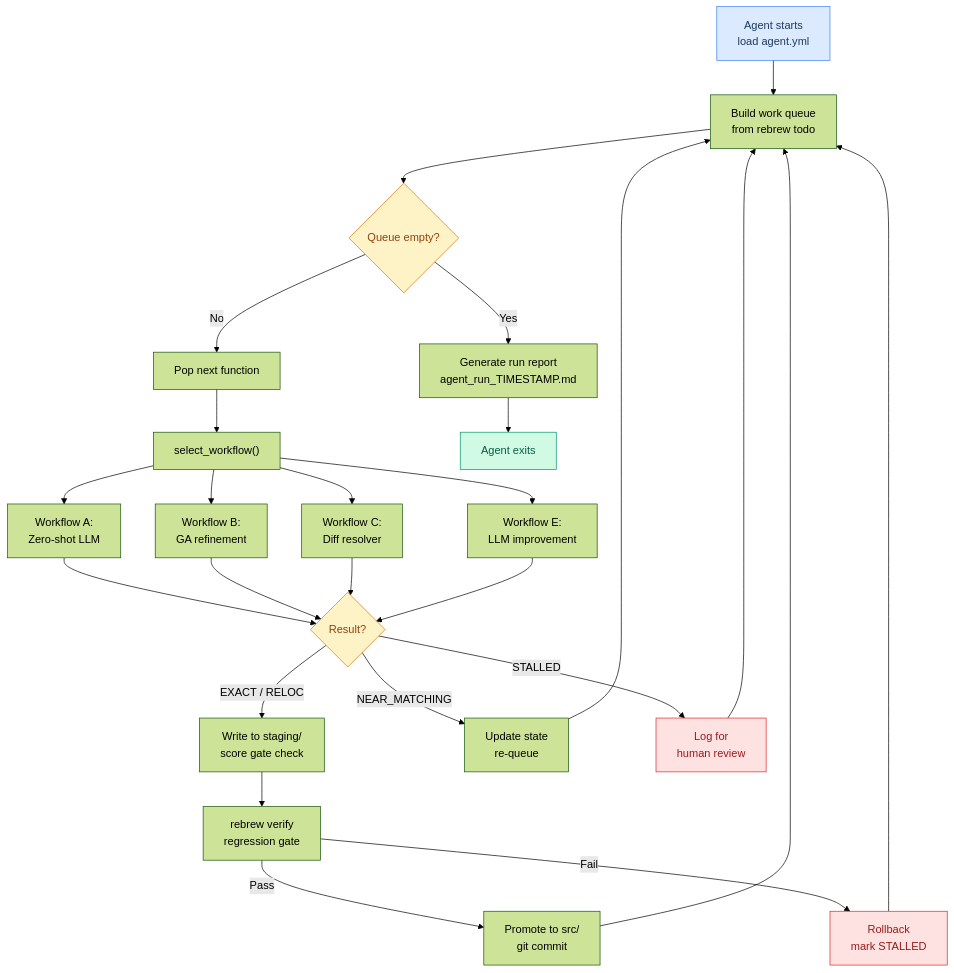
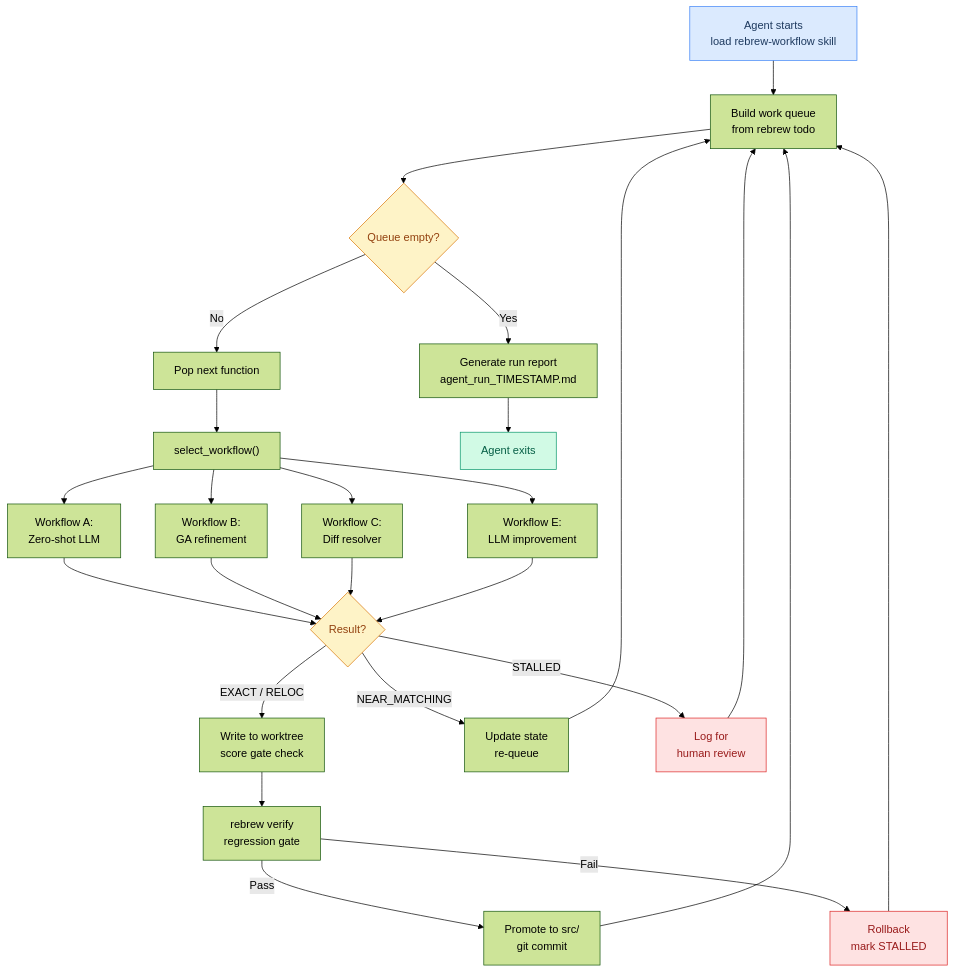
The seventh of 16 diagrams in docs/USER_STORIES.md (maci0/rebrew), drawn with Mermaid (forest theme) before and after one commit. The commit also changed other lines of this file and 11 other files, not shown here.

First line of the commit message:
docs, skills, flowcharts synced to the CLI; globals.status persisted

````diff
--- a/docs/USER_STORIES.md
+++ b/docs/USER_STORIES.md
@@ -221,39 +221,39 @@
 ```mermaid
 graph TD
-    Start["Agent starts<br/>load agent.yml"] --> Queue["Build work queue<br/>from rebrew todo"]
+    Start["Agent starts<br/>load rebrew-workflow skill"] --> Queue["Build work queue<br/>from rebrew todo"]
     Queue --> Empty{"Queue empty?"}
     Empty -->|Yes| Report["Generate run report<br/>agent_run_TIMESTAMP.md"]
     Empty -->|No| Pop["Pop next function"]
     Pop --> Select["select_workflow()"]
 
     Select --> WA["Workflow A:<br/>Zero-shot LLM"]
     Select --> WB["Workflow B:<br/>GA refinement"]
     Select --> WC["Workflow C:<br/>Diff resolver"]
     Select --> WE["Workflow E:<br/>LLM improvement"]
 
     WA --> Result{"Result?"}
     WB --> Result
     WC --> Result
     WE --> Result
 
-    Result -->|"EXACT / RELOC"| Stage["Write to staging/<br/>score gate check"]
+    Result -->|"EXACT / RELOC"| Stage["Write to worktree<br/>score gate check"]
     Result -->|NEAR_MATCHING| Requeue["Update state<br/>re-queue"]
     Result -->|STALLED| Log["Log for<br/>human review"]
 
     Stage --> Regression["rebrew verify<br/>regression gate"]
     Regression -->|Pass| Commit["Promote to src/<br/>git commit"]
     Regression -->|Fail| Rollback["Rollback<br/>mark STALLED"]
 
     Commit --> Queue
     Rollback --> Queue
     Requeue --> Queue
     Log --> Queue
     Report --> Done["Agent exits"]
 
     style Start fill:#dbeafe,stroke:#3b82f6,color:#1e3a5f
     style Done fill:#d1fae5,stroke:#059669,color:#065f46
     style Log fill:#fee2e2,stroke:#dc2626,color:#991b1b
     style Rollback fill:#fee2e2,stroke:#dc2626,color:#991b1b
     style Empty fill:#fef3c7,stroke:#d97706,color:#92400e
     style Result fill:#fef3c7,stroke:#d97706,color:#92400e
 ```
````
